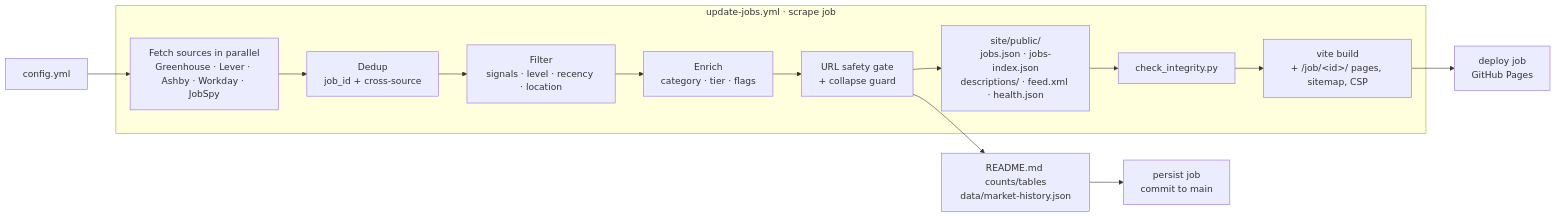
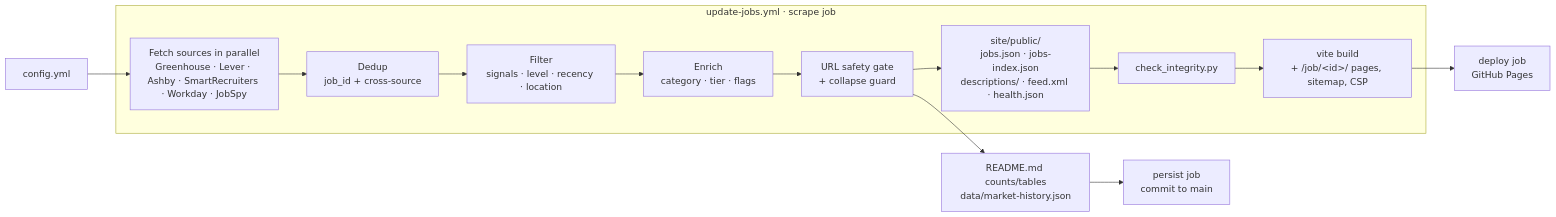
One commit to ambicuity/New-Grad-Jobs changed the diagram in docs/architecture.md. Above: the diagram before and after it, drawn with Mermaid. The commit also changed other lines of this file and 22 other files, not shown here.

First line of the commit message:
feat(sources): add a SmartRecruiters source with 37 verified companies (#393)

````diff
--- a/docs/architecture.md
+++ b/docs/architecture.md
@@ -9,16 +9,16 @@
 ```mermaid
 flowchart LR
     cfg[config.yml] --> fetch
     subgraph scrape["update-jobs.yml · scrape job"]
-        fetch["Fetch sources in parallel<br/>Greenhouse · Lever · Ashby · Workday · JobSpy"] --> dedup[Dedup<br/>job_id + cross-source]
+        fetch["Fetch sources in parallel<br/>Greenhouse · Lever · Ashby · SmartRecruiters · Workday · JobSpy"] --> dedup[Dedup<br/>job_id + cross-source]
         dedup --> filter[Filter<br/>signals · level · recency · location]
         filter --> enrich[Enrich<br/>category · tier · flags]
         enrich --> gate[URL safety gate<br/>+ collapse guard]
         gate --> out["site/public/<br/>jobs.json · jobs-index.json<br/>descriptions/ · feed.xml · health.json"]
         out --> check[check_integrity.py]
         check --> build["vite build<br/>+ /job/&lt;id&gt;/ pages, sitemap, CSP"]
     end
     build --> deploy[deploy job<br/>GitHub Pages]
     gate --> state[README.md counts/tables<br/>data/market-history.json]
     state --> persist[persist job<br/>commit to main]
 ```
````
